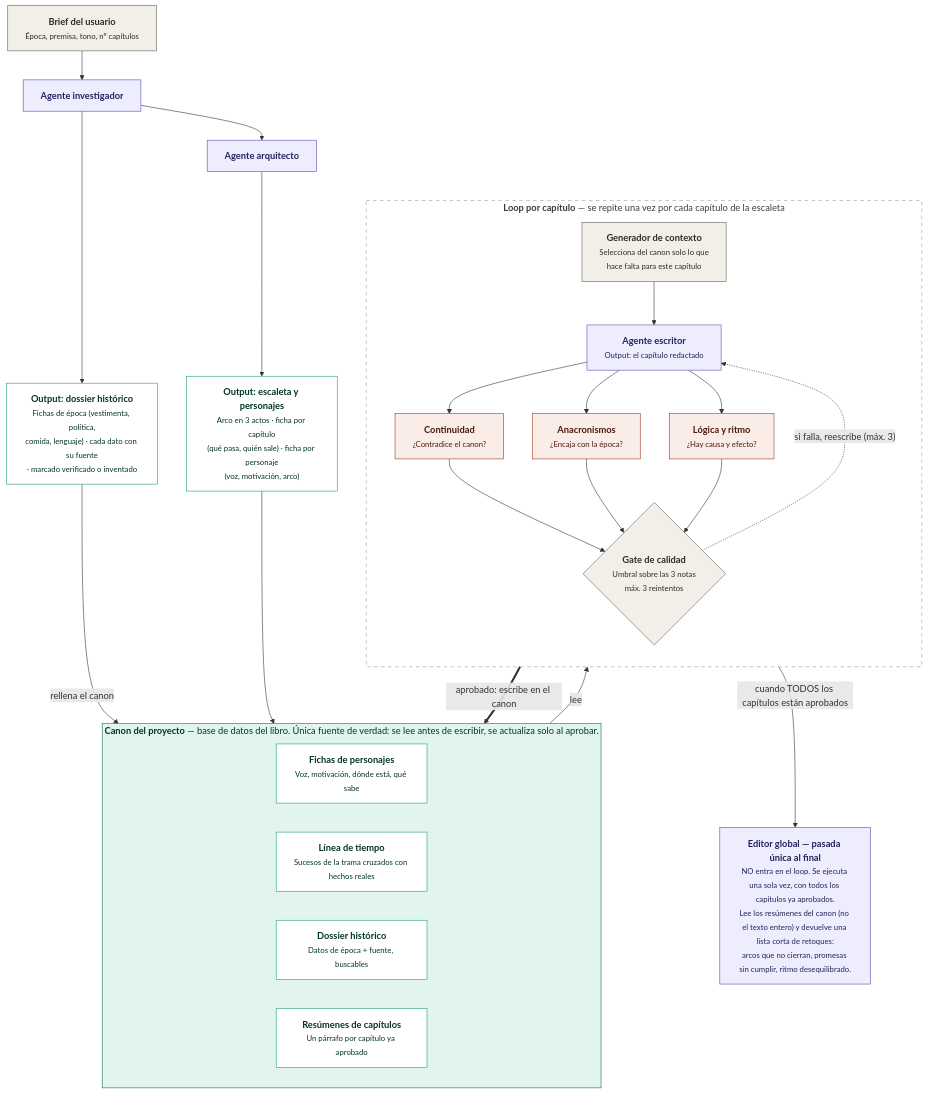
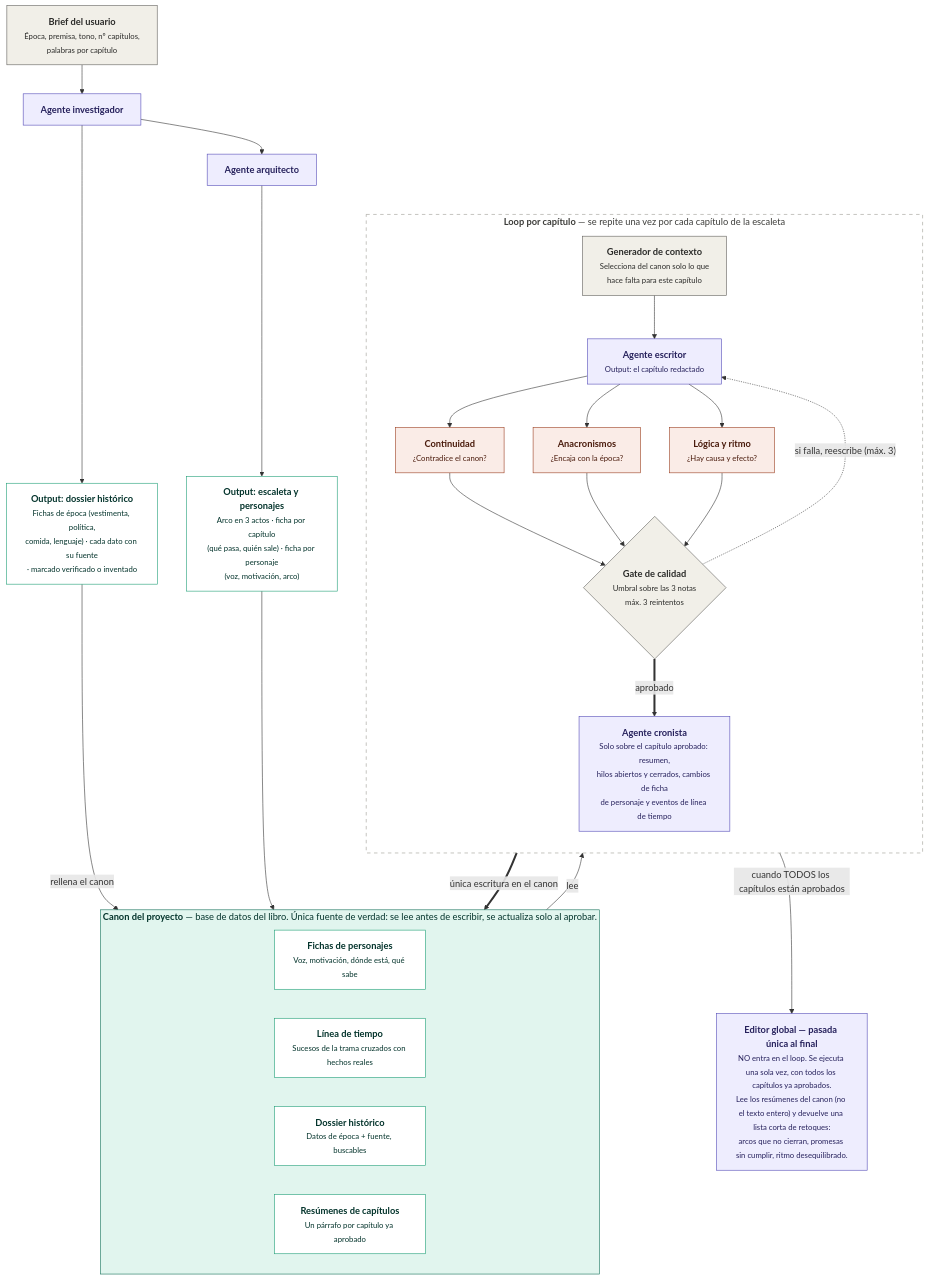
The diagram in docs/diagrama/sistema-novelas-historicas-v2.mermaid (alvarofernandezqaracter/my-story-maker), drawn with Mermaid before and after one commit. The commit also changed 1 other file, not shown here.

Commit message:
docs(spec): correcciones §1-§5 (agente cronista, faltantes del escritor, DA-03, unificación brief/estados/notas)

```diff
--- a/docs/diagrama/sistema-novelas-historicas-v2.mermaid
+++ b/docs/diagrama/sistema-novelas-historicas-v2.mermaid
@@ -1,67 +1,69 @@
 flowchart TD
 
     %% ---------- Fase de preparación (una sola vez) ----------
-    brief["<b>Brief del usuario</b><br/><small>Época, premisa, tono, nº capítulos</small>"]
+    brief["<b>Brief del usuario</b><br/><small>Época, premisa, tono, nº capítulos,<br/>palabras por capítulo</small>"]
     inv["<b>Agente investigador</b>"]
     arq["<b>Agente arquitecto</b>"]
     outinv["<b>Output: dossier histórico</b><br/><small>Fichas de época (vestimenta, política,<br/>comida, lenguaje) · cada dato con su fuente<br/>· marcado verificado o inventado</small>"]
     outarq["<b>Output: escaleta y personajes</b><br/><small>Arco en 3 actos · ficha por capítulo<br/>(qué pasa, quién sale) · ficha por personaje<br/>(voz, motivación, arco)</small>"]
 
     brief --> inv
     inv --> arq
     inv --> outinv
     arq --> outarq
 
     %% ---------- Canon ----------
     subgraph canon["<b>Canon del proyecto</b> — base de datos del libro. Única fuente de verdad: se lee antes de escribir, se actualiza solo al aprobar."]
         direction LR
         c1["<b>Fichas de personajes</b><br/><small>Voz, motivación, dónde está, qué sabe</small>"]
         c2["<b>Línea de tiempo</b><br/><small>Sucesos de la trama cruzados con hechos reales</small>"]
         c3["<b>Dossier histórico</b><br/><small>Datos de época + fuente, buscables</small>"]
         c4["<b>Resúmenes de capítulos</b><br/><small>Un párrafo por capítulo ya aprobado</small>"]
     end
 
     outinv -- "rellena el canon" --> canon
     outarq --> canon
 
     %% ---------- Loop por capítulo ----------
     subgraph loop["<b>Loop por capítulo</b> — se repite una vez por cada capítulo de la escaleta"]
         direction TB
         genctx["<b>Generador de contexto</b><br/><small>Selecciona del canon solo lo que<br/>hace falta para este capítulo</small>"]
         escritor["<b>Agente escritor</b><br/><small>Output: el capítulo redactado</small>"]
         rev1["<b>Continuidad</b><br/><small>¿Contradice el canon?</small>"]
         rev2["<b>Anacronismos</b><br/><small>¿Encaja con la época?</small>"]
         rev3["<b>Lógica y ritmo</b><br/><small>¿Hay causa y efecto?</small>"]
         gate{"<b>Gate de calidad</b><br/><small>Umbral sobre las 3 notas<br/>máx. 3 reintentos</small>"}
+        cronista["<b>Agente cronista</b><br/><small>Solo sobre el capítulo aprobado: resumen,<br/>hilos abiertos y cerrados, cambios de ficha<br/>de personaje y eventos de línea de tiempo</small>"]
 
         genctx --> escritor
         escritor --> rev1
         escritor --> rev2
         escritor --> rev3
         rev1 --> gate
         rev2 --> gate
         rev3 --> gate
         gate -. "si falla, reescribe (máx. 3)" .-> escritor
+        gate == "aprobado" ==> cronista
     end
 
     canon -- "lee" --> genctx
-    gate == "aprobado: escribe en el canon" ==> canon
+    cronista == "única escritura en el canon" ==> canon
 
     %% ---------- Cierre ----------
     editor["<b>Editor global — pasada única al final</b><br/><small>NO entra en el loop. Se ejecuta una sola vez, con todos los capítulos ya aprobados.<br/>Lee los resúmenes del canon (no el texto entero) y devuelve una lista corta de retoques:<br/>arcos que no cierran, promesas sin cumplir, ritmo desequilibrado.</small>"]
 
     gate -- "cuando TODOS los capítulos están aprobados" --> editor
 
     %% ---------- Estilos (leyenda del drawio) ----------
     classDef agente fill:#EEEDFE,stroke:#534AB7,color:#26215C;
     classDef revisor fill:#FAECE7,stroke:#993C1D,color:#4A1B0C;
     classDef datos fill:#FFFFFF,stroke:#1D9E75,color:#04342C;
     classDef harness fill:#F1EFE8,stroke:#5F5E5A,color:#2C2C2A;
 
-    class inv,arq,escritor,editor agente;
+    class inv,arq,escritor,cronista,editor agente;
     class rev1,rev2,rev3 revisor;
     class outinv,outarq,c1,c2,c3,c4 datos;
     class brief,genctx,gate harness;
 
     style canon fill:#E1F5EE,stroke:#0F6E56,color:#04342C;
     style loop fill:none,stroke:#9C9A92,stroke-dasharray: 6 6,color:#3D3D3A;
```
